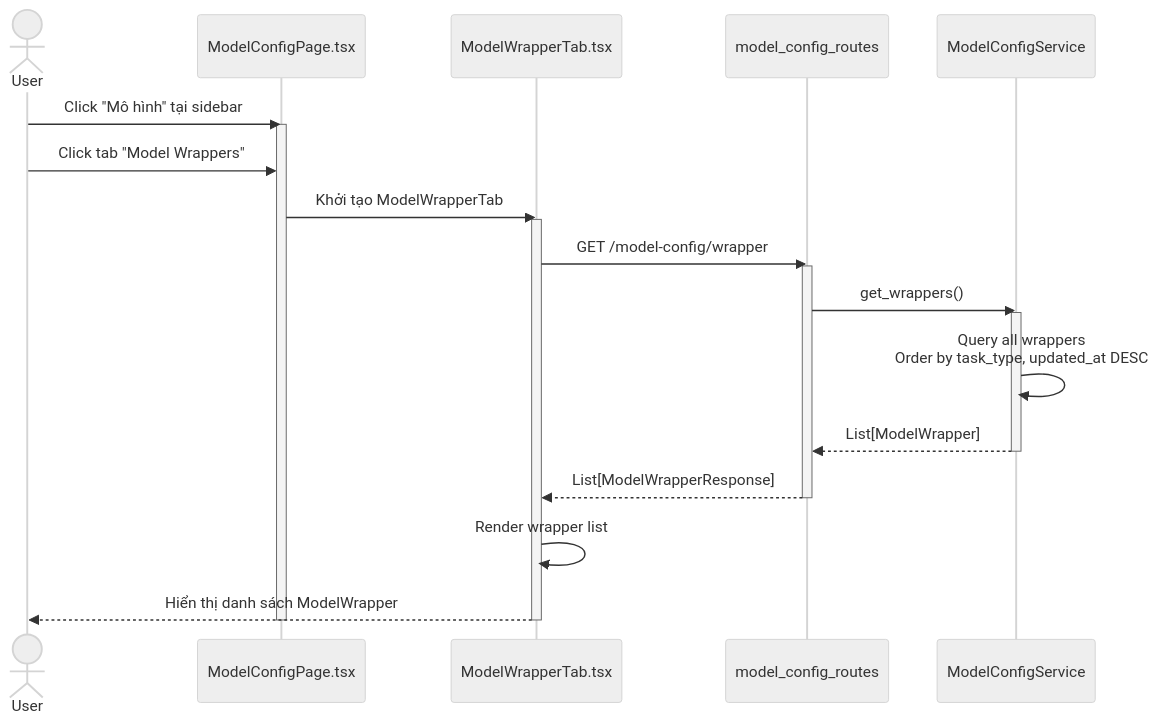
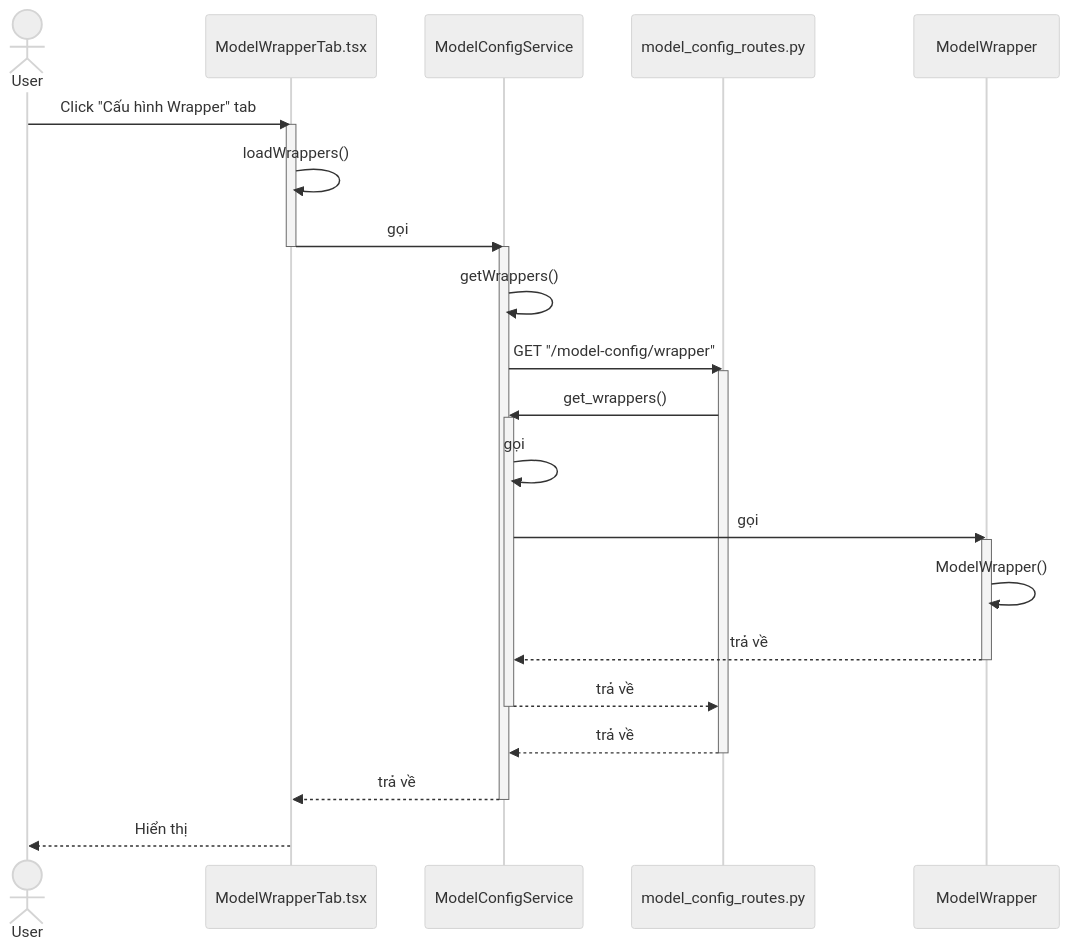
One commit to mduc-2610/gp_doc changed the sixth of 9 diagrams in model_config/4_model_config_seq.md. Above: the diagram before and after it, drawn with Mermaid (neutral theme). The commit also changed other lines of this file and 34 other files, not shown here.

````diff
--- a/model_config/4_model_config_seq.md
+++ b/model_config/4_model_config_seq.md
@@ -391,34 +362,43 @@
 ```mermaid
 sequenceDiagram
     actor User
-    participant ModelConfigPage as ModelConfigPage.tsx
     participant ModelWrapperTab as ModelWrapperTab.tsx
-    participant ModelConfigRoutes as model_config_routes
     participant ModelConfigService as ModelConfigService
+    participant ModelConfigRoutes as model_config_routes.py
+    participant ModelConfigService as ModelConfigService
+    participant ModelWrapper as ModelWrapper
 
-    User->>ModelConfigPage: Click "Mô hình" tại sidebar
-    activate ModelConfigPage
-    
-    User->>ModelConfigPage: Click tab "Model Wrappers"
-    ModelConfigPage->>ModelWrapperTab: Khởi tạo ModelWrapperTab
+    User->>ModelWrapperTab: Click "Cấu hình Wrapper" tab
     activate ModelWrapperTab
     
-    ModelWrapperTab->>ModelConfigRoutes: GET /model-config/wrapper
+    ModelWrapperTab->>ModelWrapperTab: loadWrappers()
+    ModelWrapperTab->>ModelConfigService: gọi
+    deactivate ModelWrapperTab
+    activate ModelConfigService
+    
+    ModelConfigService->>ModelConfigService: getWrappers()
+    ModelConfigService->>ModelConfigRoutes: GET "/model-config/wrapper"
     activate ModelConfigRoutes
     
     ModelConfigRoutes->>ModelConfigService: get_wrappers()
     activate ModelConfigService
     
-    ModelConfigService->>ModelConfigService: Query all wrappers<br/>Order by task_type, updated_at DESC
+    ModelConfigService->>ModelConfigService: gọi
+    ModelConfigService->>ModelWrapper: gọi
+    activate ModelWrapper
     
-    ModelConfigService-->>ModelConfigRoutes: List[ModelWrapper]
+    ModelWrapper->>ModelWrapper: ModelWrapper()
+    ModelWrapper-->>ModelConfigService: trả về
+    deactivate ModelWrapper
+    
+    ModelConfigService-->>ModelConfigRoutes: trả về
     deactivate ModelConfigService
     
-    ModelConfigRoutes-->>ModelWrapperTab: List[ModelWrapperResponse]
+    ModelConfigRoutes-->>ModelConfigService: trả về
     deactivate ModelConfigRoutes
     
-    ModelWrapperTab->>ModelWrapperTab: Render wrapper list
-    ModelWrapperTab-->>User: Hiển thị danh sách ModelWrapper
-    deactivate ModelWrapperTab
-    deactivate ModelConfigPage
+    ModelConfigService-->>ModelWrapperTab: trả về
+    deactivate ModelConfigService
+    
+    ModelWrapperTab-->>User: Hiển thị
 ```
````
